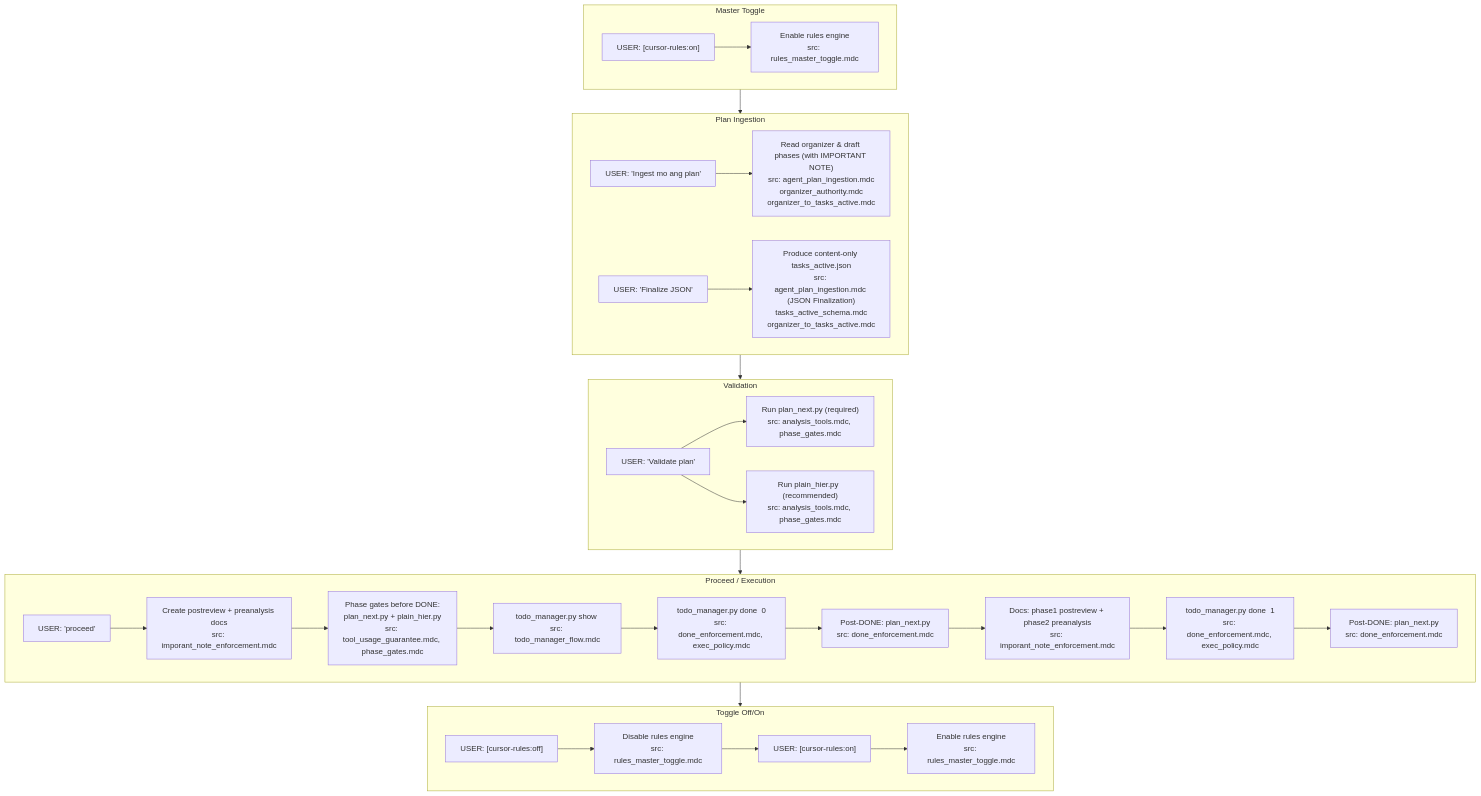
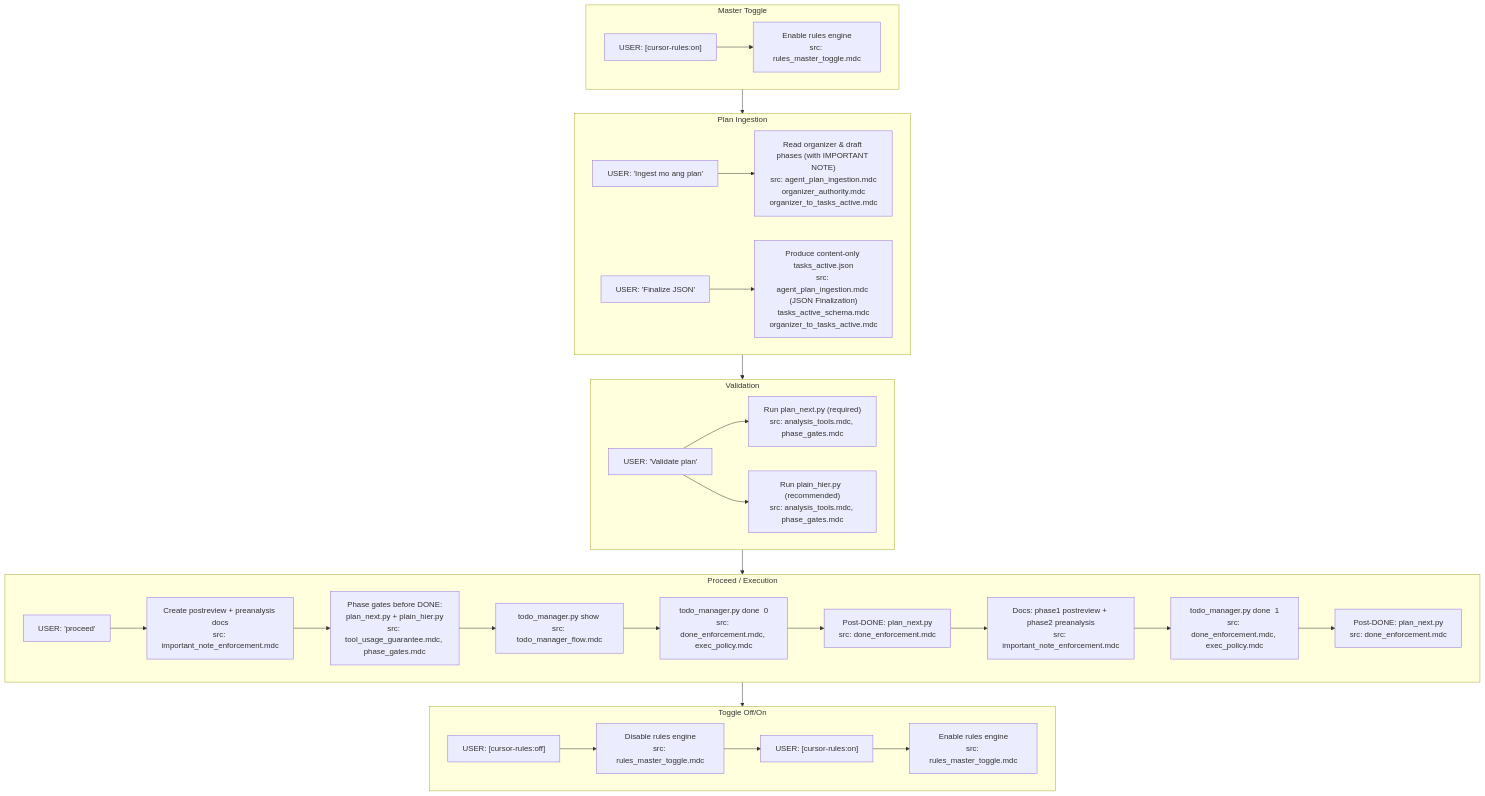
The first of 2 diagrams in analyzemo.md (HaymayndzUltra/Matalinongworkflow), drawn with Mermaid before and after one commit. The commit also changed other lines of this file and 14 other files, not shown here.

Commit message:
Fix typo in filename: imporant → important in multiple rules files

````diff
--- a/analyzemo.md
+++ b/analyzemo.md
@@ -229,55 +229,55 @@
 ```mermaid
 flowchart TD
   %% Master Toggle
   subgraph A["Master Toggle"]
     U1["USER: [cursor-rules:on]"]
     M1["Enable rules engine\nsrc: rules_master_toggle.mdc"]
     U1 --> M1
   end
 
   %% Plan Ingestion
   subgraph B["Plan Ingestion"]
     U2["USER: 'Ingest mo ang plan'"]
     P1["Read organizer & draft phases (with IMPORTANT NOTE)\nsrc: agent_plan_ingestion.mdc\norganizer_authority.mdc\norganizer_to_tasks_active.mdc"]
     U2 --> P1
 
     U3["USER: 'Finalize JSON'"]
     J1["Produce content-only tasks_active.json\nsrc: agent_plan_ingestion.mdc (JSON Finalization)\ntasks_active_schema.mdc\norganizer_to_tasks_active.mdc"]
     U3 --> J1
   end
 
   %% Validation
   subgraph C["Validation"]
     U4["USER: 'Validate plan'"]
     V1["Run plan_next.py (required)\nsrc: analysis_tools.mdc, phase_gates.mdc"]
     V2["Run plain_hier.py <task_id> (recommended)\nsrc: analysis_tools.mdc, phase_gates.mdc"]
     U4 --> V1
     U4 --> V2
   end
 
   %% Proceed / Execution
   subgraph D["Proceed / Execution"]
     U5["USER: 'proceed'"]
-    E1["Create postreview + preanalysis docs\nsrc: imporant_note_enforcement.mdc"]
+    E1["Create postreview + preanalysis docs\nsrc: important_note_enforcement.mdc"]
     G1["Phase gates before DONE:\nplan_next.py + plain_hier.py\nsrc: tool_usage_guarantee.mdc, phase_gates.mdc"]
     S1["todo_manager.py show <task_id>\nsrc: todo_manager_flow.mdc"]
     D0["todo_manager.py done <task_id> 0\nsrc: done_enforcement.mdc, exec_policy.mdc"]
     P0["Post-DONE: plan_next.py\nsrc: done_enforcement.mdc"]
-    E2["Docs: phase1 postreview + phase2 preanalysis\nsrc: imporant_note_enforcement.mdc"]
+    E2["Docs: phase1 postreview + phase2 preanalysis\nsrc: important_note_enforcement.mdc"]
     D1["todo_manager.py done <task_id> 1\nsrc: done_enforcement.mdc, exec_policy.mdc"]
     P1b["Post-DONE: plan_next.py\nsrc: done_enforcement.mdc"]
 
     U5 --> E1 --> G1 --> S1 --> D0 --> P0 --> E2 --> D1 --> P1b
   end
 
   %% Toggle Off/On again
   subgraph E["Toggle Off/On"]
     U6["USER: [cursor-rules:off]"]
     M2["Disable rules engine\nsrc: rules_master_toggle.mdc"]
     U7["USER: [cursor-rules:on]"]
     M3["Enable rules engine\nsrc: rules_master_toggle.mdc"]
     U6 --> M2 --> U7 --> M3
   end
 
   A --> B --> C --> D --> E
 ```
````
